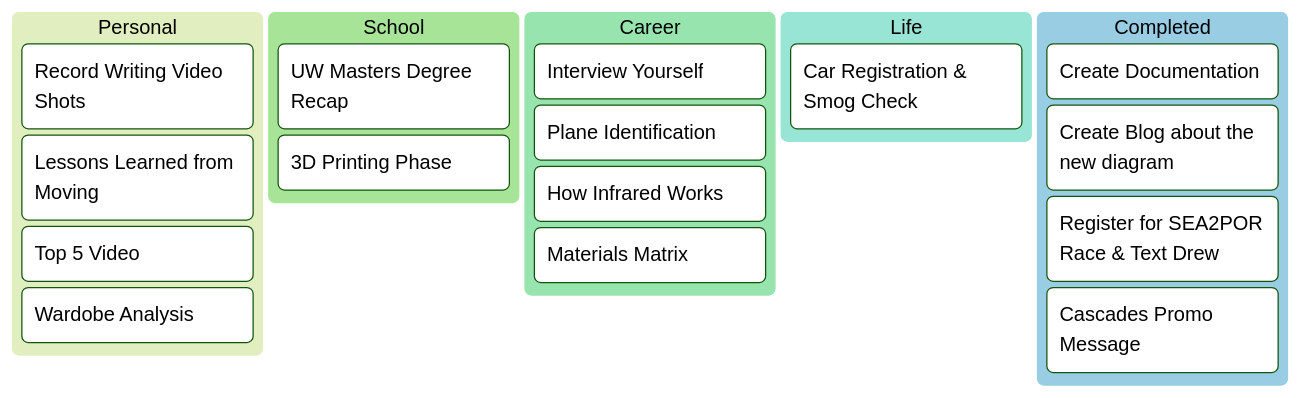
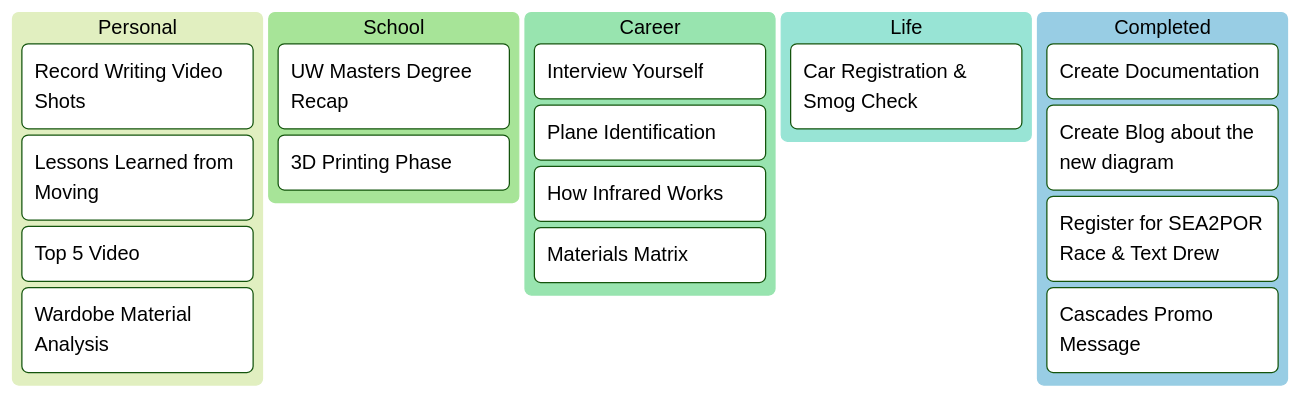
One commit to Bailey-Wu/Bailey-Wu changed the second of 3 diagrams in Dashboard.md. Above: the diagram before and after it, drawn with Mermaid.

````diff
--- a/Dashboard.md
+++ b/Dashboard.md
@@ -33,24 +33,24 @@
 ```mermaid
 %%{init: {'theme':'forest'}}%%
 kanban
   [Personal]
     [Record Writing Video Shots]
     [Lessons Learned from Moving]
     [Top 5 Video]
-    [Wardobe Analysis]
+    [Wardobe Material Analysis]
   [School]
     [UW Masters Degree Recap]
     [3D Printing Phase]
   [Career]
     [Interview Yourself]
     [Plane Identification]
     [How Infrared Works]
     [Materials Matrix]
   [Life]
     [Car Registration & Smog Check]
   [Completed]
     [Create Documentation]
     [Create Blog about the new diagram]
     [Register for SEA2POR Race & Text Drew]
     [Cascades Promo Message]
 ```
````
